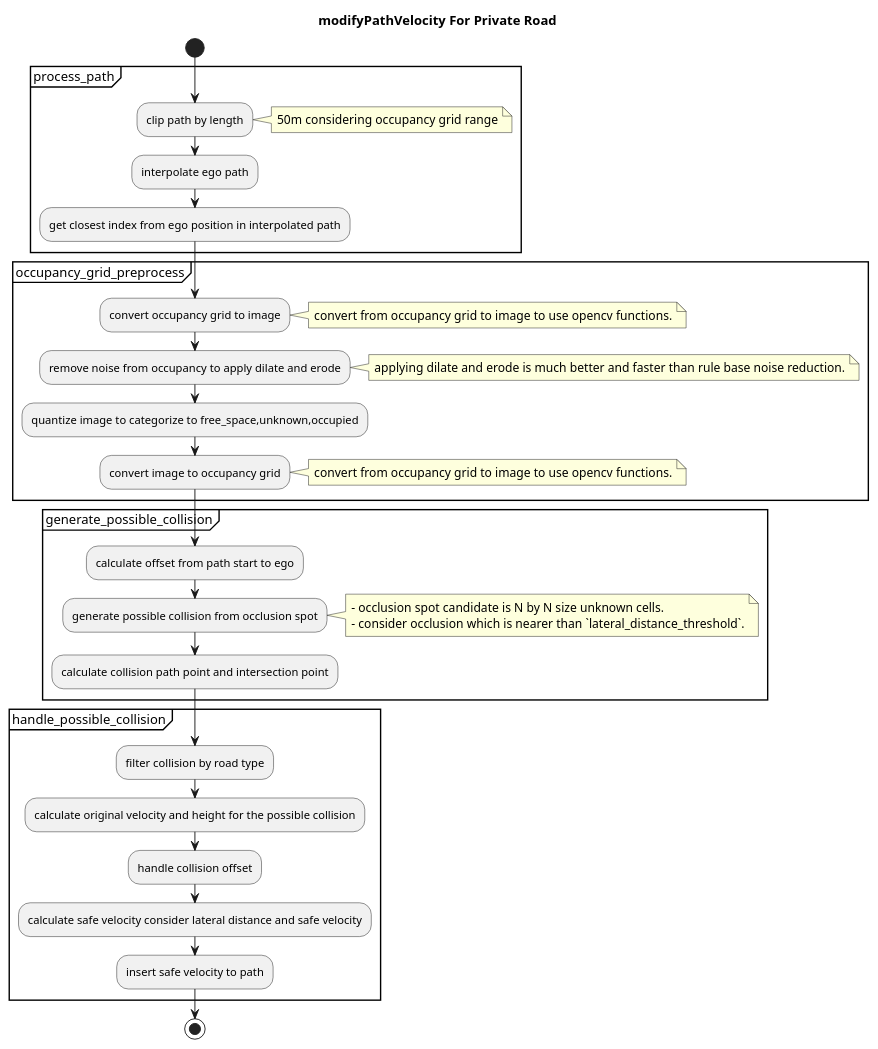
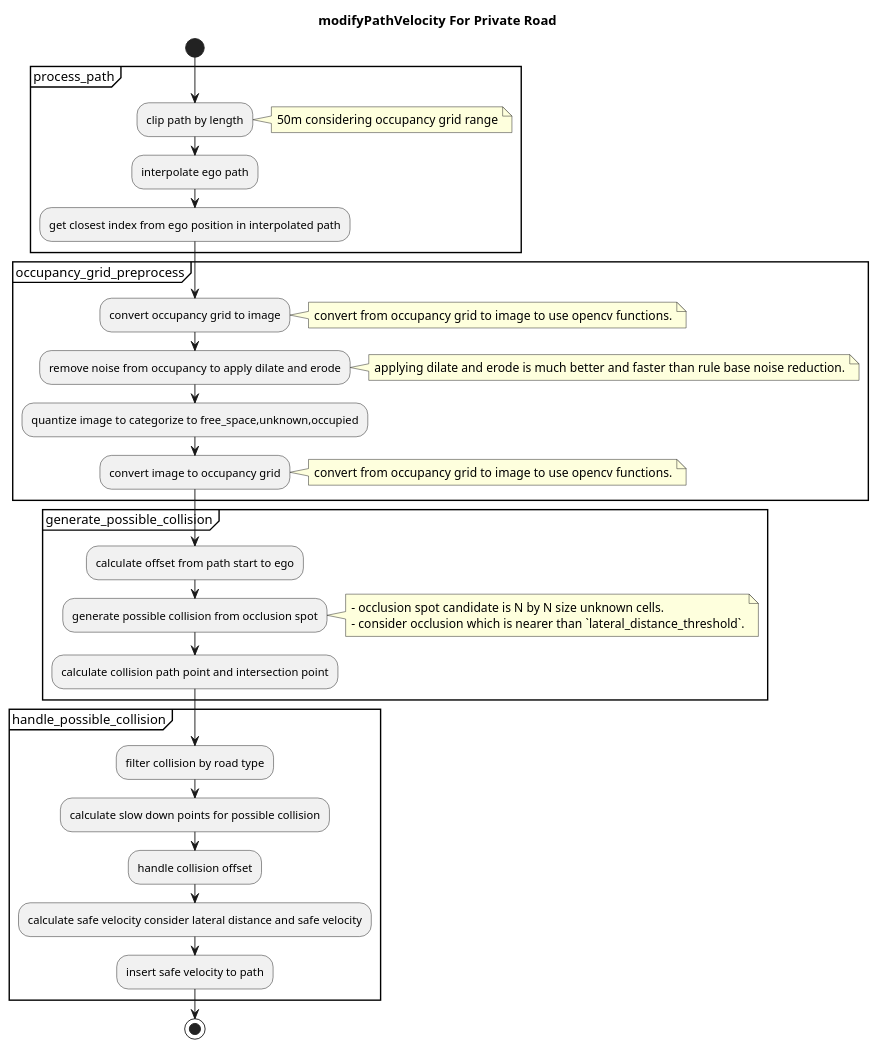
The third of 3 diagrams in planning/behavior_velocity_planner/occlusion-spot-design.md (autowarefoundation/autoware.universe), drawn with PlantUML before and after one commit. The commit also changed other lines of this file, not shown here.

Commit message:
doc(behavior_velocity): fix typo

````diff
--- a/planning/behavior_velocity_planner/occlusion-spot-design.md
+++ b/planning/behavior_velocity_planner/occlusion-spot-design.md
@@ -203,47 +203,47 @@
 ```plantuml
 @startuml
 title modifyPathVelocity For Private Road
 start
 
 partition process_path {
 :clip path by length;
 note right
   50m considering occupancy grid range
 end note
 :interpolate ego path;
 :get closest index from ego position in interpolated path;
 }
 partition occupancy_grid_preprocess {
 :convert occupancy grid to image;
 note right
   convert from occupancy grid to image to use opencv functions.
 end note
 :remove noise from occupancy to apply dilate and erode;
 note right
   applying dilate and erode is much better and faster than rule base noise reduction.
 end note
 :quantize image to categorize to free_space,unknown,occupied;
 :convert image to occupancy grid;
 note right
   convert from occupancy grid to image to use opencv functions.
 end note
 }
 partition generate_possible_collision {
 :calculate offset from path start to ego;
 :generate possible collision from occlusion spot;
 note right
   - occlusion spot candidate is N by N size unknown cells.
   - consider occlusion which is nearer than `lateral_distance_threshold`.
 end note
 :calculate collision path point and intersection point;
 }
 partition handle_possible_collision{
 :filter collision by road type;
-:calculate original velocity and height for the possible collision;
+:calculate slow down points for possible collision;
 :handle collision offset;
 :calculate safe velocity consider lateral distance and safe velocity;
 :insert safe velocity to path;
 }
 stop
 @enduml
 ```
````
